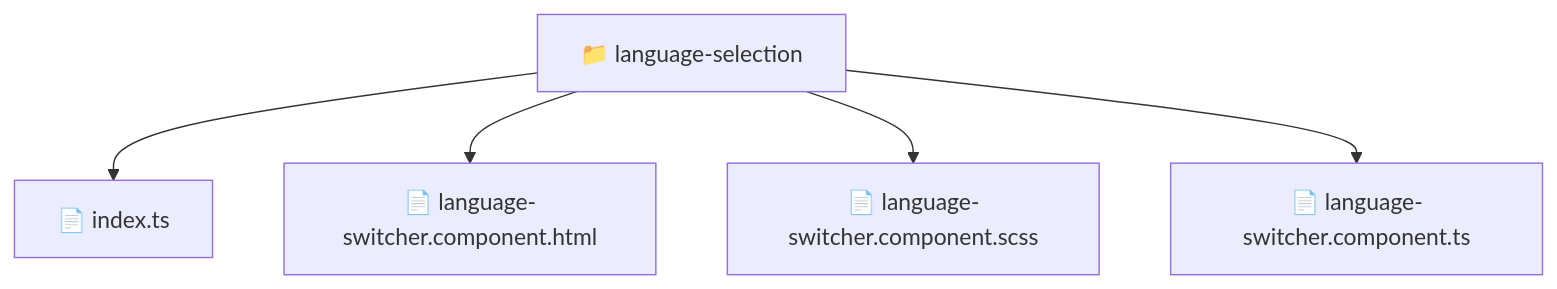
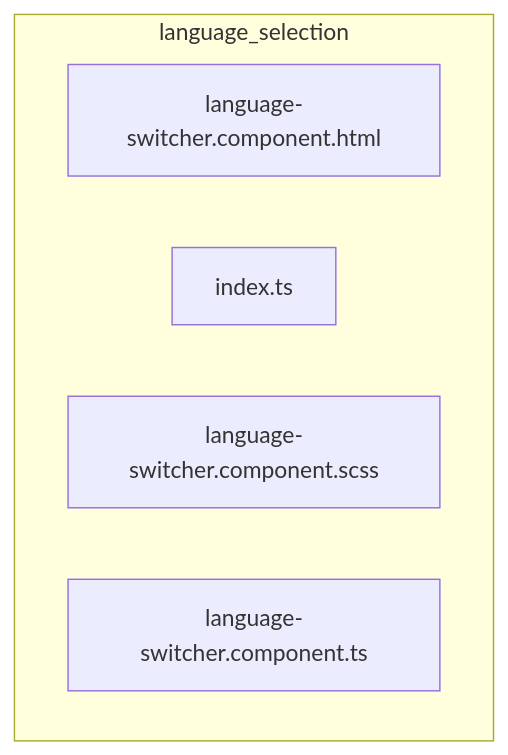
The diagram in frontend/src/features/language-selection/README.md (beginwebdev2002/fullstack-mavluda), drawn with Mermaid before and after one commit. The commit also changed other lines of this file and 163 other files, not shown here.

````diff
--- a/frontend/src/features/language-selection/README.md
+++ b/frontend/src/features/language-selection/README.md
@@ -11,8 +15,9 @@
 ```mermaid
 graph TD
-  Root["📁 language-selection"]
-  Root --> index_ts["📄 index.ts"]
-  Root --> language_switcher_component_html["📄 language-switcher.component.html"]
-  Root --> language_switcher_component_scss["📄 language-switcher.component.scss"]
-  Root --> language_switcher_component_ts["📄 language-switcher.component.ts"]
+  subgraph language_selection
+    language_switcher_component_html["language-switcher.component.html"]
+    index_ts["index.ts"]
+    language_switcher_component_scss["language-switcher.component.scss"]
+    language_switcher_component_ts["language-switcher.component.ts"]
+  end
 ```
````
